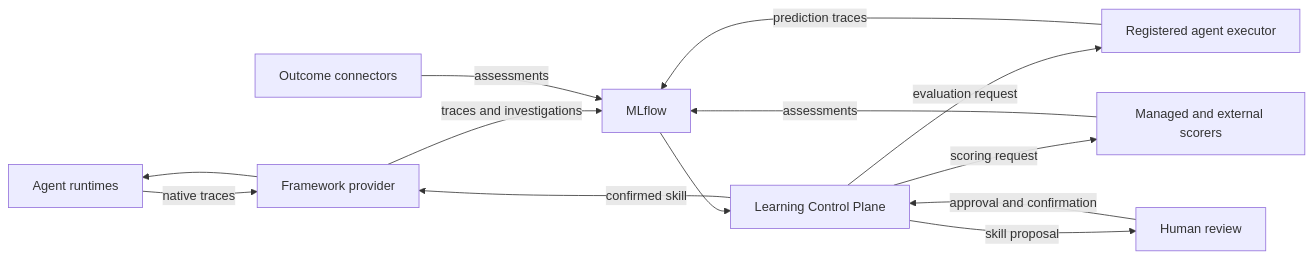
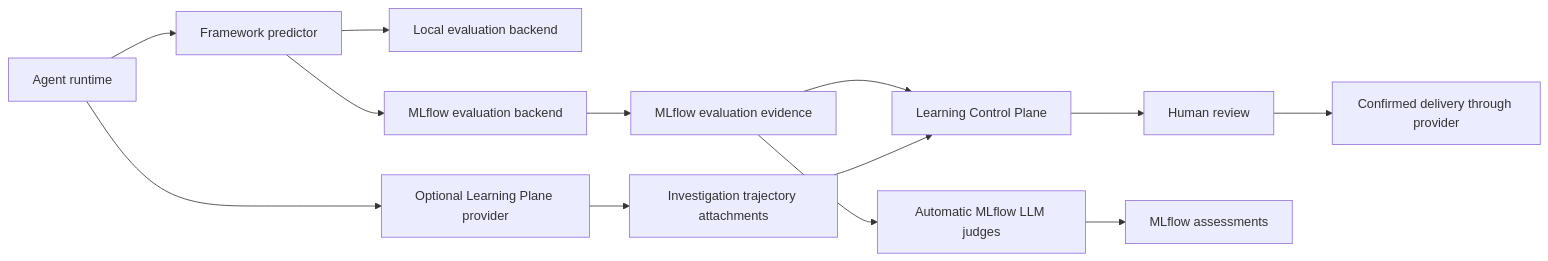
Before and after one commit to GMartin-dev/penguiflow: the diagram in docs/proposals/MLFLOW_LEARNING_CONTROL_PLANE_FINAL.md, drawn with Mermaid. The commit also changed other lines of this file and 1 other file, not shown here.

````diff
--- a/docs/proposals/MLFLOW_LEARNING_CONTROL_PLANE_FINAL.md
+++ b/docs/proposals/MLFLOW_LEARNING_CONTROL_PLANE_FINAL.md
@@ -103,15 +110,15 @@
 ```mermaid
 graph LR
-    A["Agent runtimes"] -- "native traces" --> P["Framework provider"]
-    P -- "traces and investigations" --> M["MLflow"]
-    O["Outcome connectors"] -- "assessments" --> M
-    M --> L["Learning Control Plane"]
-    L -- "evaluation request" --> E["Registered agent executor"]
-    E -- "prediction traces" --> M
-    L -- "scoring request" --> S["Managed and external scorers"]
-    S -- "assessments" --> M
-    L -- "skill proposal" --> H["Human review"]
-    H -- "approval and confirmation" --> L
-    L -- "confirmed skill" --> P
-    P --> A
+    A[Agent runtime] --> P[Framework predictor]
+    P --> B[Local evaluation backend]
+    P --> E[MLflow evaluation backend]
+    E --> M[MLflow evaluation evidence]
+    A --> F[Optional Learning Plane provider]
+    F --> T[Investigation trajectory attachments]
+    M --> L[Learning Control Plane]
+    T --> L
+    M --> J[Automatic MLflow LLM judges]
+    L --> H[Human review]
+    H --> C[Confirmed delivery through provider]
+    J --> R[MLflow assessments]
 ```
````
